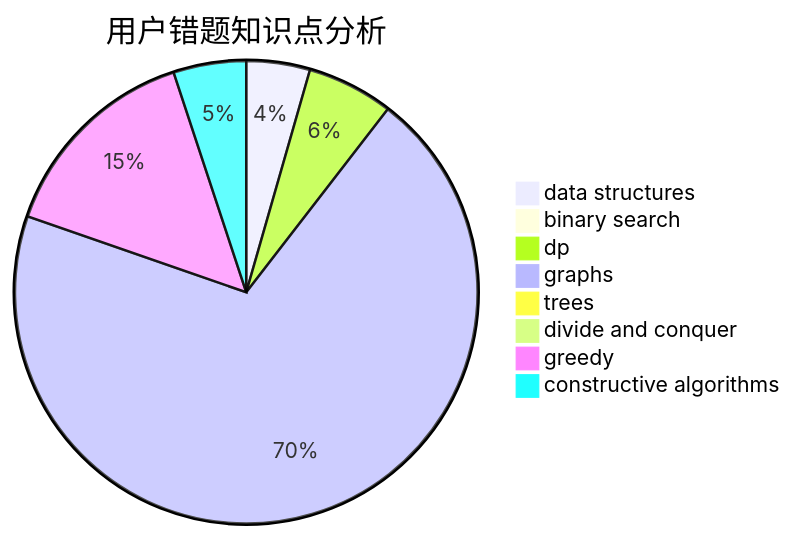
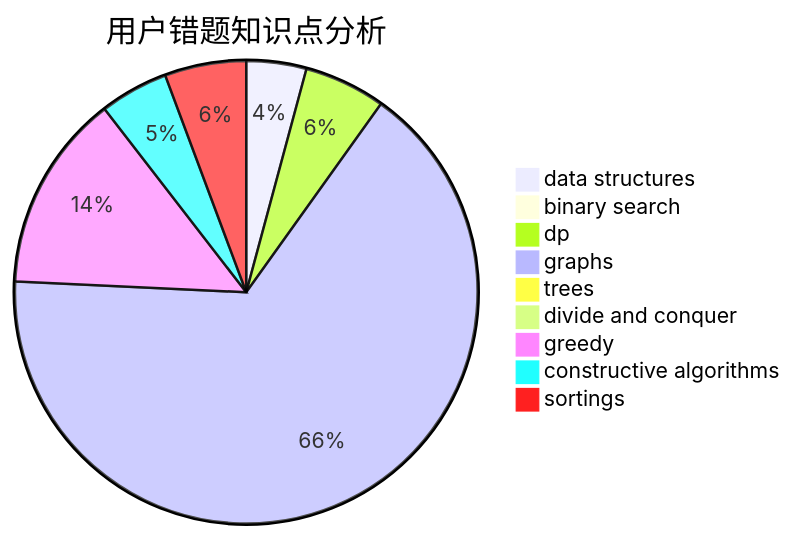
The third of 3 diagrams in docs/user/u752.md (sherpahu/cfrs.github.io), drawn with Mermaid before and after one commit. The commit also changed other lines of this file and 2769 other files, not shown here.

````diff
--- a/docs/user/u752.md
+++ b/docs/user/u752.md
@@ -36,11 +32,12 @@
 ```mermaid
 pie title 用户错题知识点分析
     "data structures" :  14
     "binary search" :  0
     "dp" :  19
     "graphs" :  220
     "trees" :  0
     "divide and conquer" :  0
     "greedy" :  46
     "constructive algorithms" :  16
+    "sortings" :  19
 ```
````
